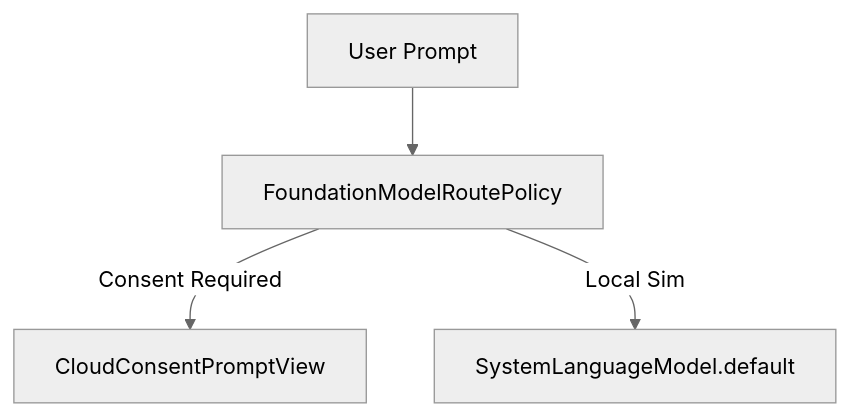
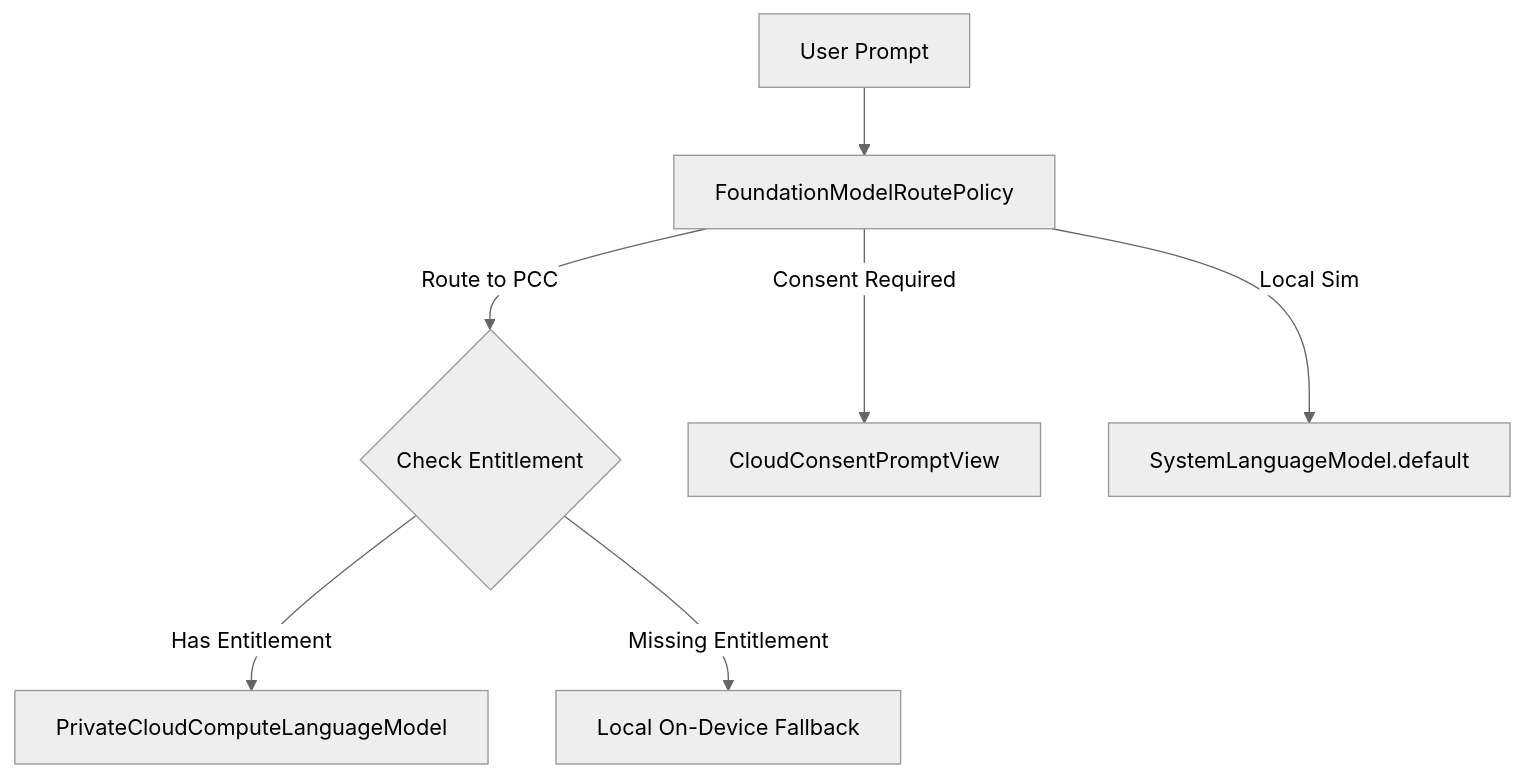
Before and after one commit to Gunnarguy/OpenIntelligence: the sixth of 7 diagrams in Docs/OPENINTELLIGENCE_ARCHITECTURE_ATLAS.md, drawn with Mermaid (neutral theme). The commit also changed other lines of this file and 15 other files, not shown here.

Commit message:
feat: resolve PCC entitlement crash, restore fallback settings UI, add AI diagnostics card, and fix sync race condition

````diff
--- a/Docs/OPENINTELLIGENCE_ARCHITECTURE_ATLAS.md
+++ b/Docs/OPENINTELLIGENCE_ARCHITECTURE_ATLAS.md
@@ -175,6 +177,9 @@
 ```mermaid
 graph TD
   Request[User Prompt] --> Policy[FoundationModelRoutePolicy]
+  Policy -->|Route to PCC| Entitlement{Check Entitlement}
+  Entitlement -->|Has Entitlement| PCC[PrivateCloudComputeLanguageModel]
+  Entitlement -->|Missing Entitlement| LocalFallback[Local On-Device Fallback]
   Policy -->|Consent Required| Consent[CloudConsentPromptView]
   Policy -->|Local Sim| LLM[SystemLanguageModel.default]
 ```
````
